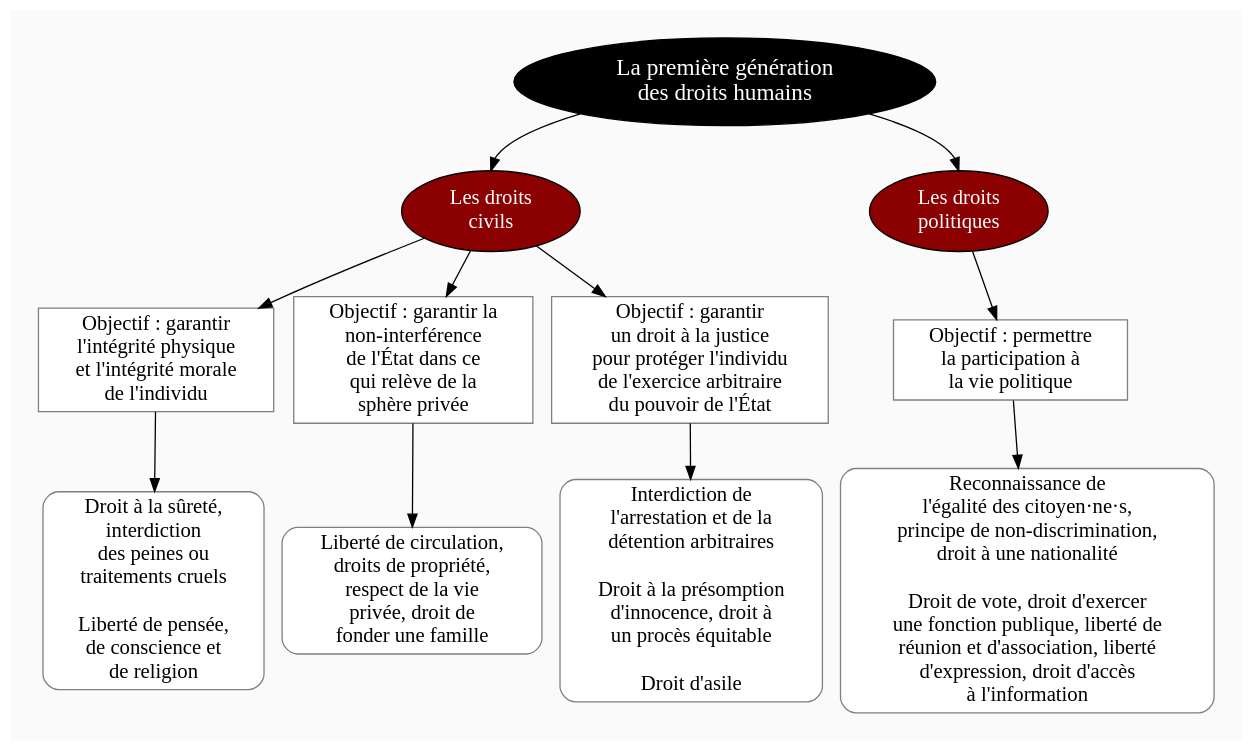
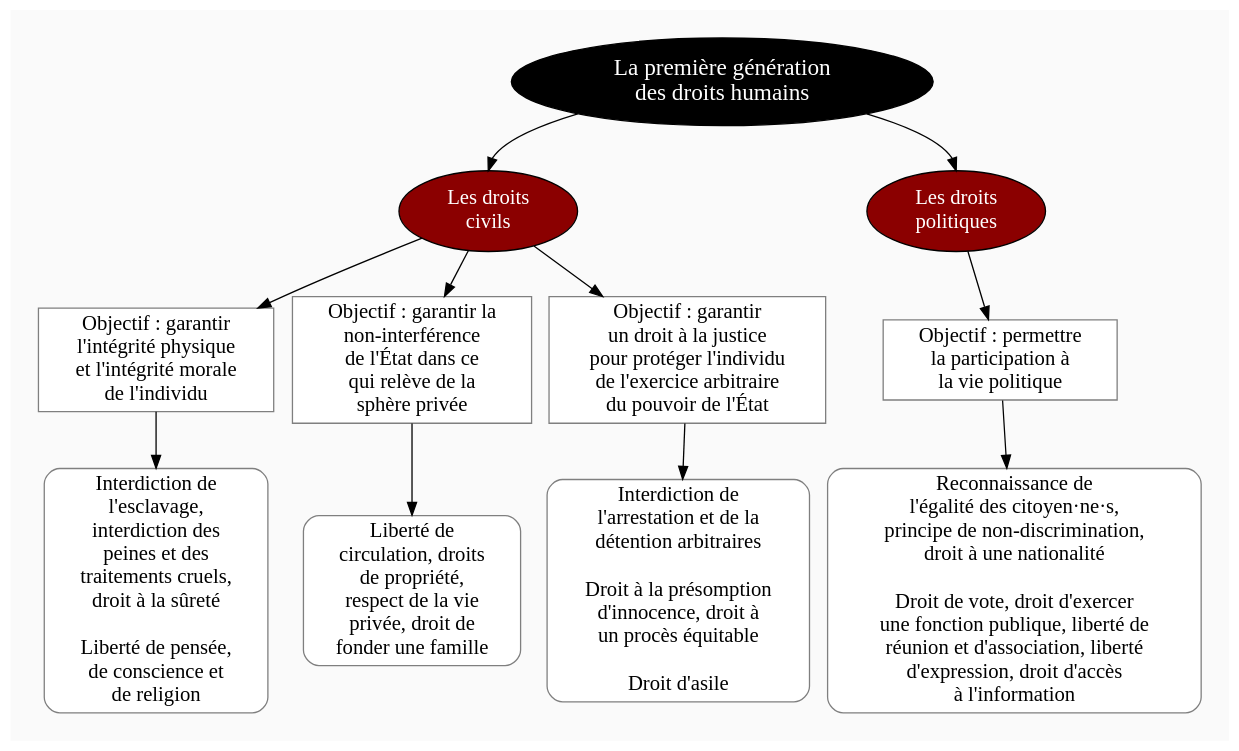
Before and after one commit to eyssette/graphviz-examples: the diagram in diagram/droits-humains-premiere-generation-v2.dot, drawn with Graphviz.

```diff
--- a/diagram/droits-humains-premiere-generation-v2.dot
+++ b/diagram/droits-humains-premiere-generation-v2.dot
@@ -1,128 +1,131 @@
 digraph G {
 // Template : diagram
 // Usage : 
 //rankdir=LR
 splines=true
 //splines=curved
 bgcolor=grey98
 pad=0.3
 style=filled
 edge[minlen=4]
 node[style=filled, fontcolor=white]
 ranksep=0.1
 nodesep=0.2
 
 // NIVEAU 1
 node[fillcolor=12, fontsize=18]
 a1[label="La première génération
 des droits humains"]
 
 // NIVEAU 2
 node[fillcolor=red4, fontsize=16]
 a1->{
 b1[label="Les droits
 civils"]    
 b2[label="Les droits
 politiques"]
 }[headport=n]
 
 {rank=same;b1->b2[minlen=16,style=invis]}
 
 node[fontcolor=black]
 // NIVEAU 3 (sans intermédiaire)
 node [shape=box, fillcolor=white, color=grey50]
 // c1[label=""]
 b1->{c1,c2,c3}
 c1[label="Objectif : garantir
 l'intégrité physique
 et l'intégrité morale
 de l'individu"]
 c2[label="Objectif : garantir la
 non-interférence
 de l'État dans ce
 qui relève de la
 sphère privée"]
 c3[label="Objectif : garantir
 un droit à la justice
 pour protéger l'individu
 de l'exercice arbitraire
 du pouvoir de l'État"]
 
 b2->c4
 c4[label="Objectif : permettre
 la participation à
 la vie politique"]
 
 
 
 
 // INTERMÉDIAIRE AVANT NIVEAU 3
 node[fillcolor=grey78, shape=oval]
 // [arrowhead=none]
 // bc1[label=""]
 
 // NIVEAU 3 (avec intermédiaire)
 node[fillcolor=white, shape=box, color=grey50]
 // c1[label=""]
 
 // NIVEAU 4
 node[style="filled,rounded", fillcolor=white, shape=box, color=grey50]
 // d1[label=""]
 
 c1->d1
-d1[label="Droit à la sûreté,
-interdiction
-des peines ou
-traitements cruels
+d1[label="Interdiction de
+l'esclavage,
+interdiction des
+peines et des
+traitements cruels,
+droit à la sûreté
 
 Liberté de pensée,
 de conscience et
 de religion"]
 
 c2->d2
-d2[label="Liberté de circulation,
-droits de propriété,
+d2[label="Liberté de
+circulation, droits
+de propriété,
 respect de la vie
 privée, droit de
 fonder une famille"]
 
 c3->d3
 d3[label="Interdiction de
 l'arrestation et de la
 détention arbitraires
 
 Droit à la présomption
 d'innocence, droit à
 un procès équitable
 
 Droit d'asile"]
 
 c4->d4
 d4[label="Reconnaissance de
 l'égalité des citoyen·ne·s,
 principe de non-discrimination,
 droit à une nationalité
 
 Droit de vote, droit d'exercer
 une fonction publique, liberté de
 réunion et d'association, liberté
 d'expression, droit d'accès
 à l'information"]
 
 
 // ÉTIQUETTES EN ROUGE
 node[shape=plaintext, fontcolor=firebrick3, fillcolor=grey98]
 // e1[label=< <B>= Titre</B><BR /><BR />Contenu<BR /> >]
 // e1[label=""]
 // ->e1[minlen=1, style=invis]
 
 
 
 // REMARQUES EN BLEU
 node[color=blue, shape=box, margin=0.07, fontcolor=black, fontsize=12, style="dashed", penwidth=0.6]
 edge[color=blue, arrowhead="none", xlabel="", style="dashed", penwidth=0.6]
 // r1[label=""]
 // {rank=same;->r1}
 // {rank=same;r1->[dir=back]}
 
 }
```
